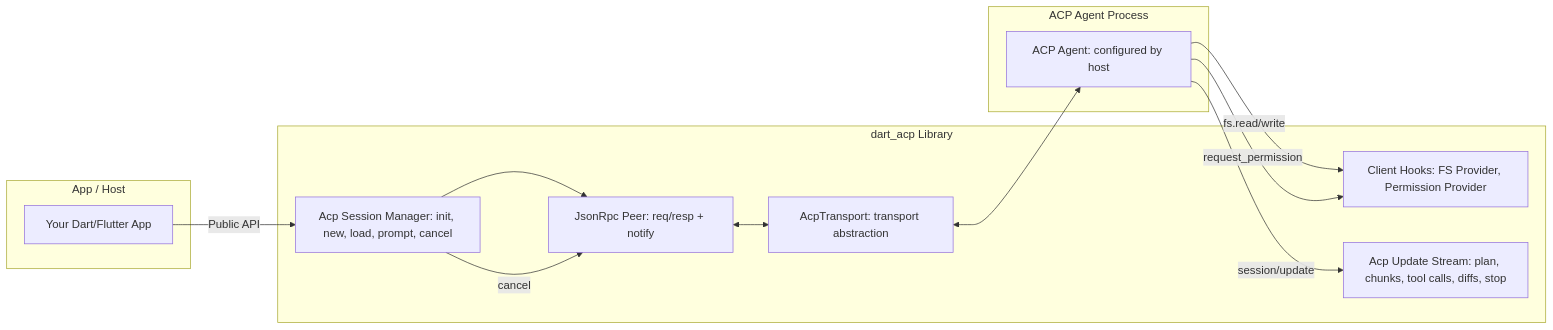
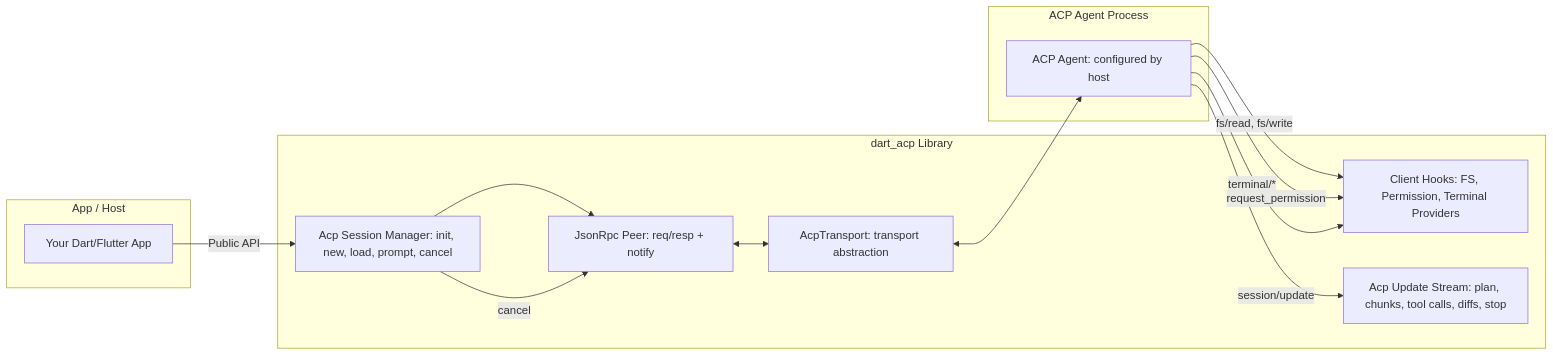
Before and after one commit to csells/dart_acp: the first of 5 diagrams in specs/dart_acp_technical_design.md, drawn with Mermaid. The commit also changed other lines of this file and 1 other file, not shown here.

````diff
--- a/specs/dart_acp_technical_design.md
+++ b/specs/dart_acp_technical_design.md
@@ -45,27 +45,28 @@
 ```mermaid
 flowchart LR
   subgraph App / Host
     A[Your Dart/Flutter App]
   end
 
   subgraph dart_acp Library
     T[AcpTransport: transport abstraction]
     P[JsonRpc Peer: req/resp + notify]
     S[Acp Session Manager: init, new, load, prompt, cancel]
-    H[Client Hooks: FS Provider, Permission Provider]
+    H[Client Hooks: FS, Permission, Terminal Providers]
     U[Acp Update Stream: plan, chunks, tool calls, diffs, stop]
   end
 
   subgraph ACP Agent Process
     Z[ACP Agent: configured by host]
   end
 
   A -->|Public API| S
   S --> P
   P <--> T
   T <--> Z
   Z -->|session/update| U
-  Z -->|fs.read/write| H
+  Z -->|fs/read, fs/write| H
   Z -->|request_permission| H
+  Z -->|terminal/*| H
   S -->|cancel| P
 ```
````
